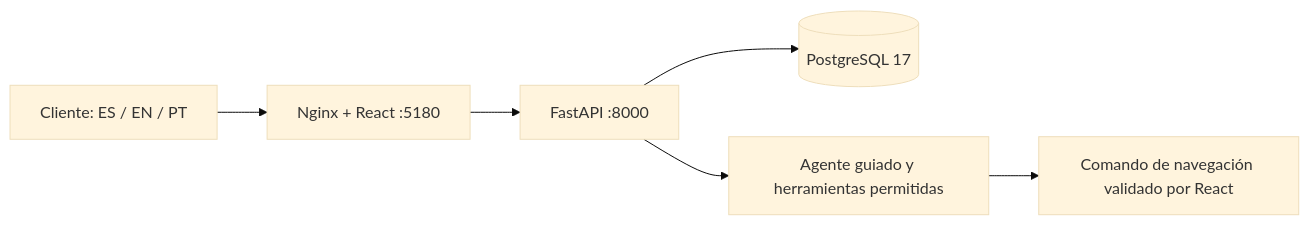
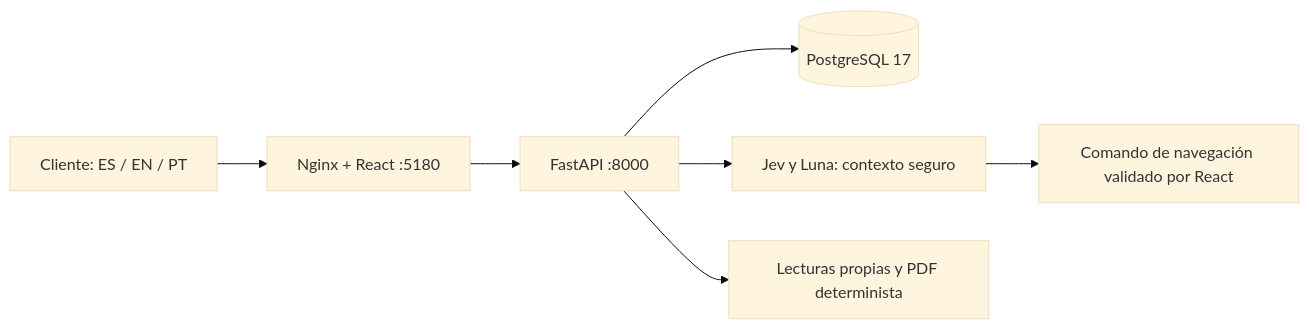
One commit to nexqori/factored-hackathon-2026-nexqori changed the diagram in docs/arquitectura.md. Above: the diagram before and after it, drawn with Mermaid (base theme). The commit also changed other lines of this file and 115 other files, not shown here.

````diff
--- a/docs/arquitectura.md
+++ b/docs/arquitectura.md
@@ -7,8 +7,9 @@
 ```mermaid
 flowchart LR
   C[Cliente: ES / EN / PT] --> W[Nginx + React :5180]
   W --> A[FastAPI :8000]
   A --> P[(PostgreSQL 17)]
-  A --> N[Agente guiado y herramientas permitidas]
+  A --> N[Jev y Luna: contexto seguro]
+  A --> Q[Lecturas propias y PDF determinista]
   N --> R[Comando de navegación validado por React]
 ```
````
